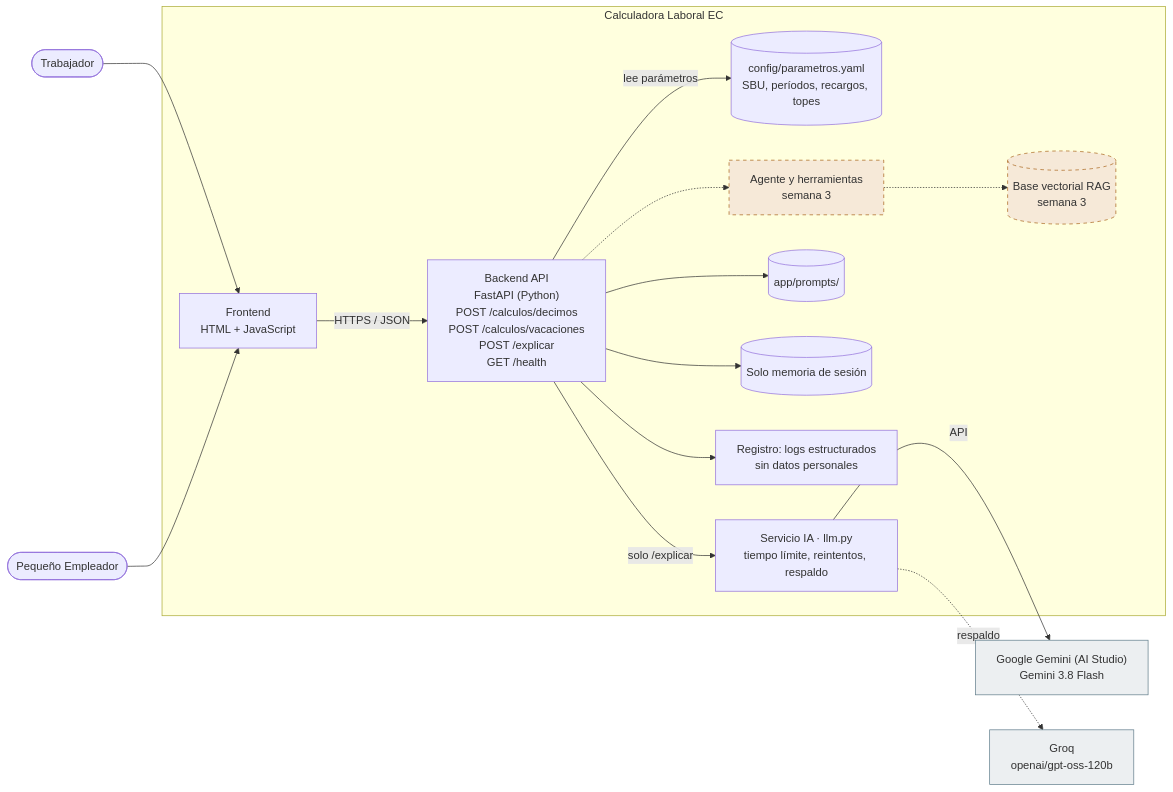
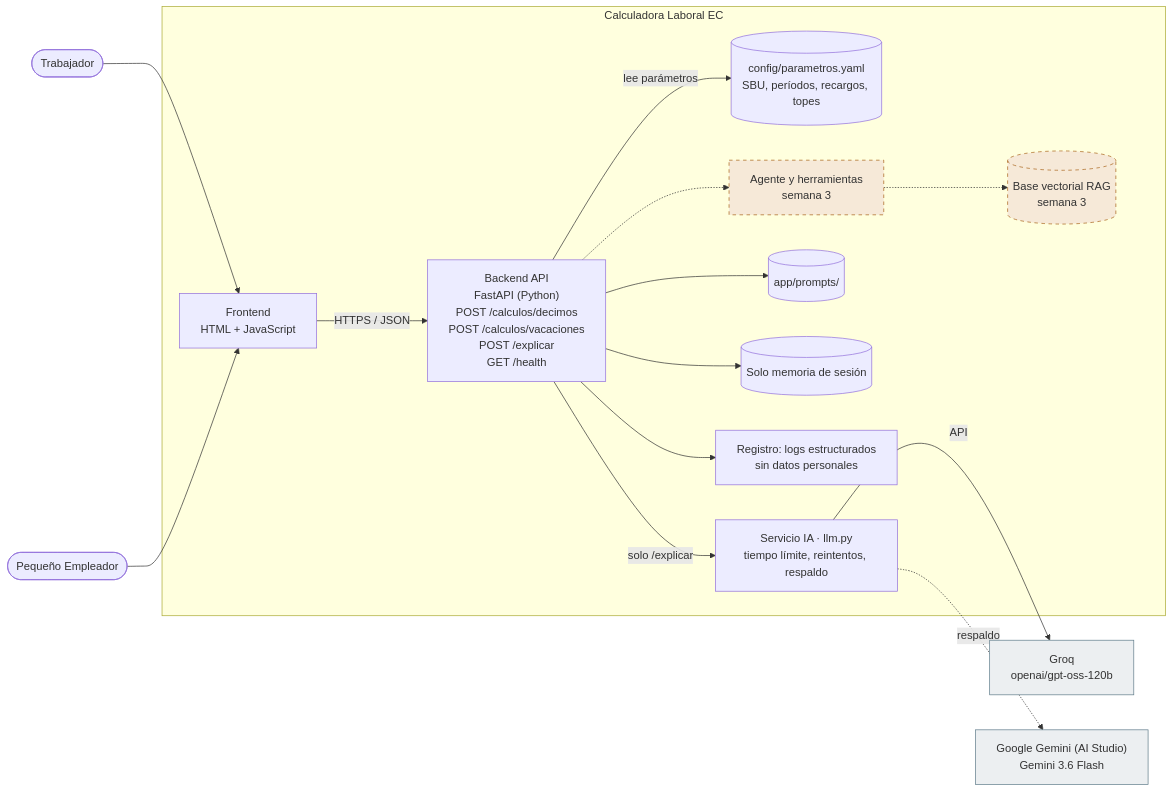
Before and after one commit to AlexGuerreroR/calculadora-laboral-ec: the second of 3 diagrams in docs/03-arquitectura.md, drawn with Mermaid. The commit also changed other lines of this file and 4 other files, not shown here.

Commit message:
docs: cierre de semana 2 y cambio de proveedor principal a Groq con respaldo Gemini 3.6 (#59)

````diff
--- a/docs/03-arquitectura.md
+++ b/docs/03-arquitectura.md
@@ -53,34 +53,34 @@
 ```mermaid
 flowchart LR
   U0(["Trabajador"])
   U1(["Pequeño Empleador"])
   subgraph SYS["Calculadora Laboral EC"]
     FE["Frontend<br/>HTML + JavaScript"]
     BE["Backend API<br/>FastAPI (Python)<br/>POST /calculos/decimos<br/>POST /calculos/vacaciones<br/>POST /explicar<br/>GET /health"]
     CFG[("config/parametros.yaml<br/>SBU, períodos, recargos, topes")]
     LLM["Servicio IA · llm.py<br/>tiempo límite, reintentos, respaldo"]
     PR[("app/prompts/")]
     DB[("Solo memoria de sesión")]
     OB["Registro: logs estructurados<br/>sin datos personales"]
     VEC[("Base vectorial RAG<br/>semana 3")]
     AG["Agente y herramientas<br/>semana 3"]
   end
-  P1["Google Gemini (AI Studio)<br/>Gemini 3.8 Flash"]
-  P2["Groq<br/>openai/gpt-oss-120b"]
+  P1["Groq<br/>openai/gpt-oss-120b"]
+  P2["Google Gemini (AI Studio)<br/>Gemini 3.6 Flash"]
   U0 --> FE
   U1 --> FE
   FE -- "HTTPS / JSON" --> BE
   BE -- "lee parámetros" --> CFG
   BE -- "solo /explicar" --> LLM
   LLM -- API --> P1
   LLM -. respaldo .-> P2
   BE --> PR
   BE --> DB
   BE --> OB
   BE -.-> AG
   AG -.-> VEC
   classDef fut fill:#f6e9d8,stroke:#a8641a,stroke-dasharray:5 5
   classDef ext fill:#eceff1,stroke:#607d8b
   class VEC,AG fut
   class P1,P2 ext
 ```
````
